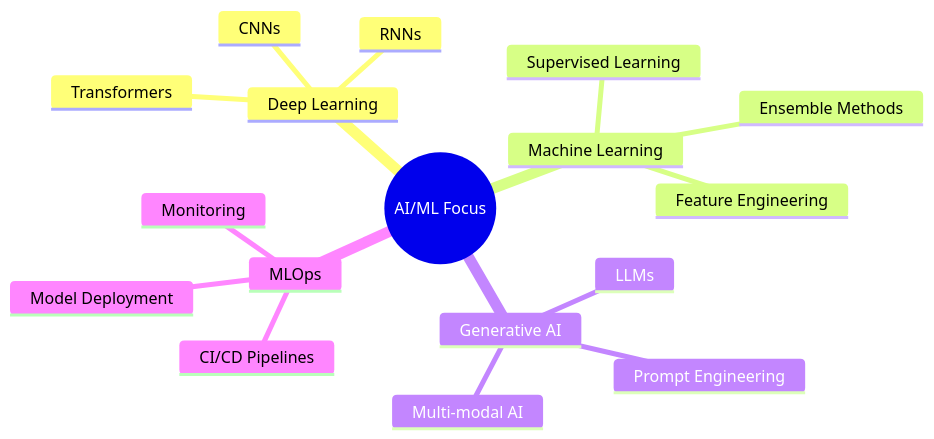
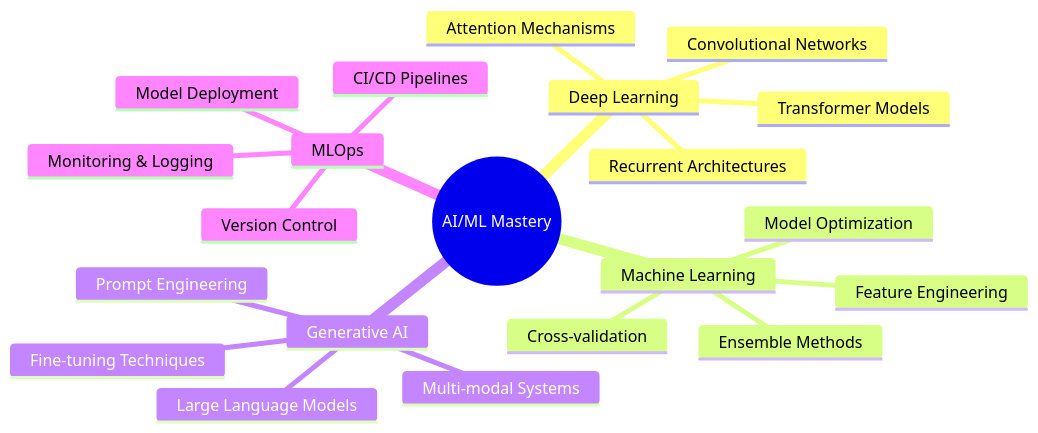
The diagram in README.md (vinayakjoshi04/vinayakjoshi04), drawn with Mermaid before and after one commit. The commit also changed other lines of this file, not shown here.

````diff
--- a/README.md
+++ b/README.md
@@ -228,20 +203,24 @@
 ```mermaid
 mindmap
-  root((AI/ML Focus))
+  root((AI/ML Mastery))
     Deep Learning
-      CNNs
-      RNNs
-      Transformers
+      Convolutional Networks
+      Recurrent Architectures
+      Transformer Models
+      Attention Mechanisms
     Machine Learning
-      Supervised Learning
       Ensemble Methods
       Feature Engineering
+      Model Optimization
+      Cross-validation
     Generative AI
-      LLMs
+      Large Language Models
       Prompt Engineering
-      Multi-modal AI
+      Multi-modal Systems
+      Fine-tuning Techniques
     MLOps
+      CI/CD Pipelines
       Model Deployment
-      CI/CD Pipelines
-      Monitoring
+      Monitoring & Logging
+      Version Control
 ```
````
